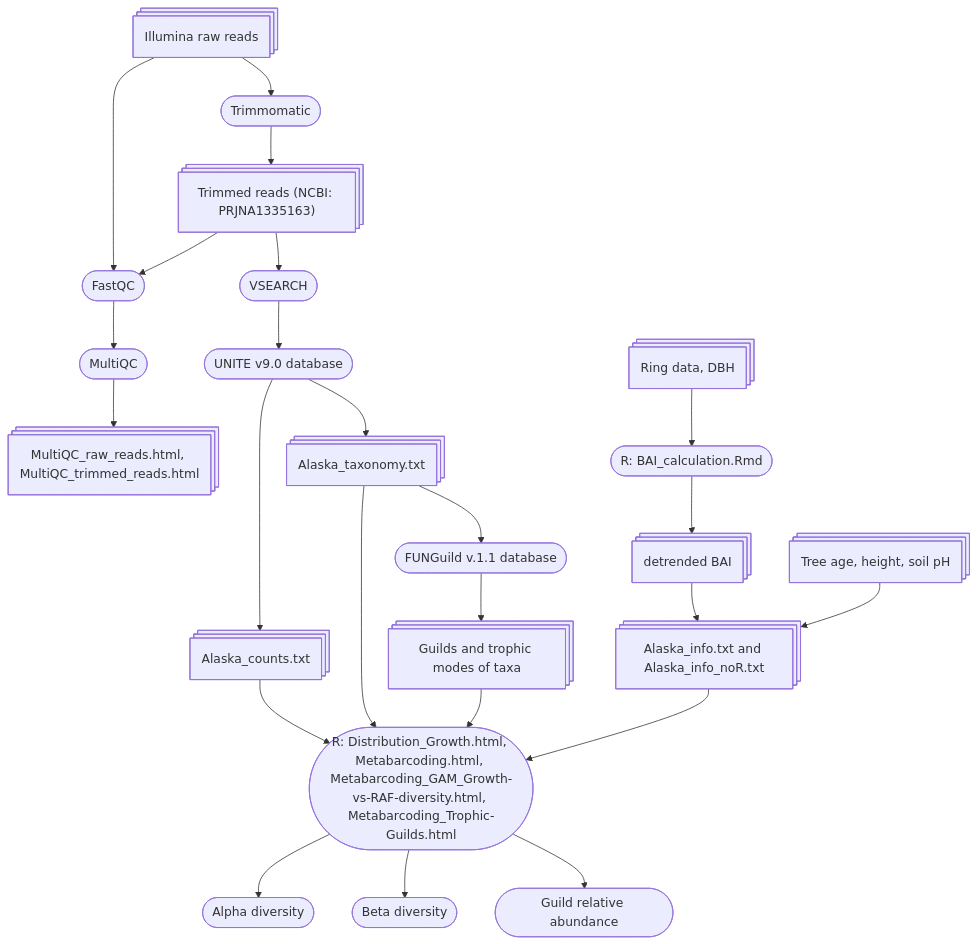
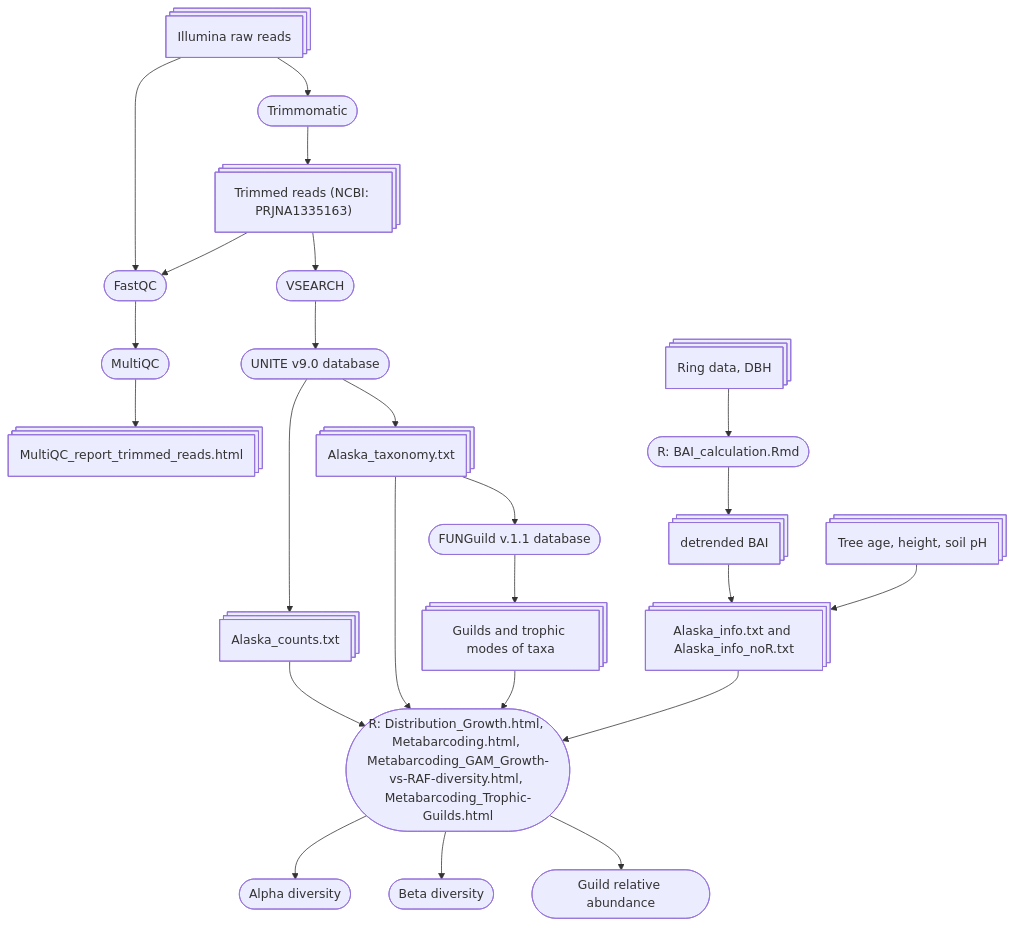
The diagram in README.md (kuprinak/Picea_glauca_ITS2), drawn with Mermaid before and after one commit.

````diff
--- a/README.md
+++ b/README.md
@@ -10,24 +10,24 @@
 ```mermaid
 flowchart TB
 
  A@{shape: procs, label: "Illumina raw reads"} --> B([Trimmomatic]);
     A --> Fa;
     Fa --> Mu([MultiQC]);
     B --> C@{shape: procs, label: "Trimmed reads (NCBI: PRJNA1335163)"};
     C --> Fa([FastQC]);
-    Mu --> Mur@{shape: procs, label: "MultiQC_raw_reads.html, MultiQC_trimmed_reads.html"}; 
+    Mu --> Mur@{shape: procs, label: "MultiQC_report_trimmed_reads.html"}; 
     C --> V([VSEARCH]);
     V --> T([UNITE v9.0 database]);
     T --> CV@{shape: procs, label: "Alaska_counts.txt"} --> R([R: Distribution_Growth.html, Metabarcoding.html, Metabarcoding_GAM_Growth-vs-RAF-diversity.html, Metabarcoding_Trophic-Guilds.html])
     T --> Ta@{shape: procs, label: "Alaska_taxonomy.txt"} --> R
     Ta --> F([FUNGuild v.1.1 database]);
     F --> Gu@{shape: procs, label: "Guilds and trophic modes of taxa"} --> R
     R --> alpha([Alpha diversity])
     R --> beta([Beta diversity])
     R --> Guild([Guild relative abundance])
 
 
 Tree_data@{shape: procs, label: "Ring data, DBH"} --> R1([R: BAI_calculation.Rmd]) --> BAI@{shape: procs, label: "detrended BAI"} --> Sam_inf@{shape: procs, label: "Alaska_info.txt and Alaska_info_noR.txt"} --> R
 Data@{shape: procs, label: "Tree age, height, soil pH"}   --> Sam_inf
 
 ```
````
